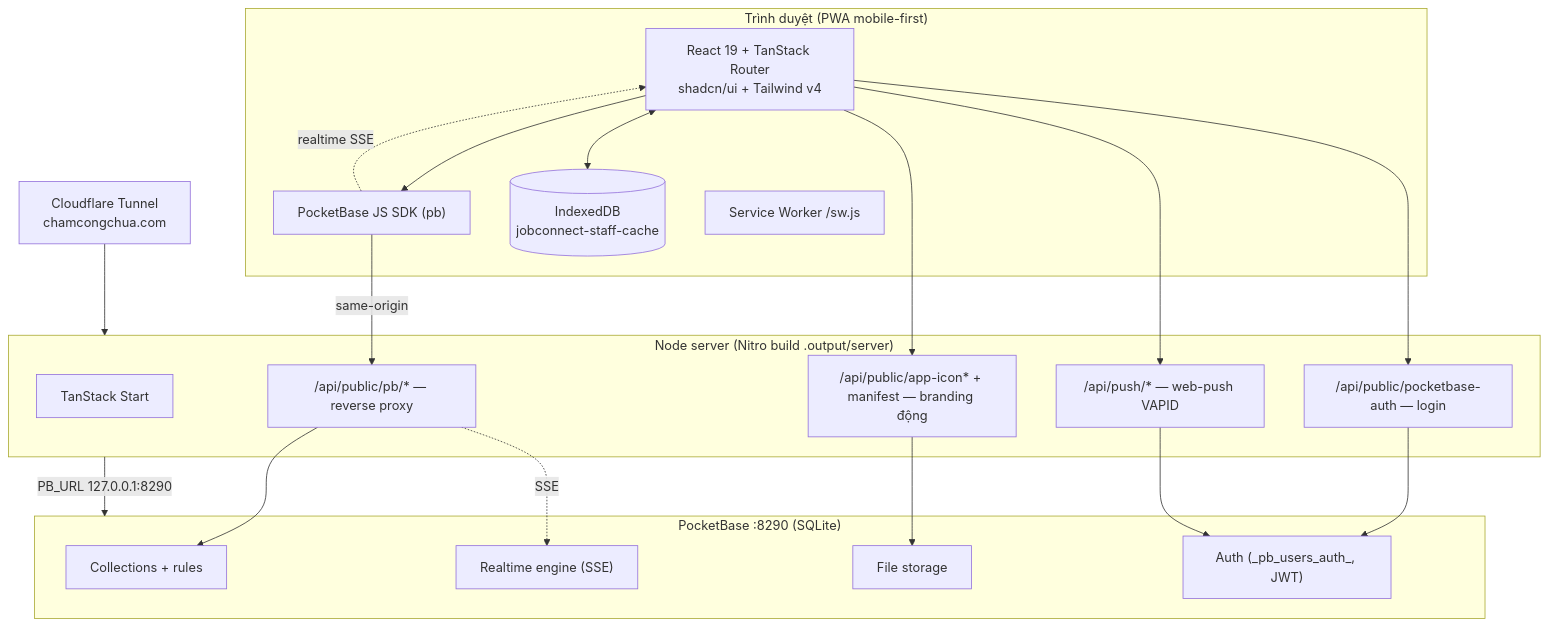
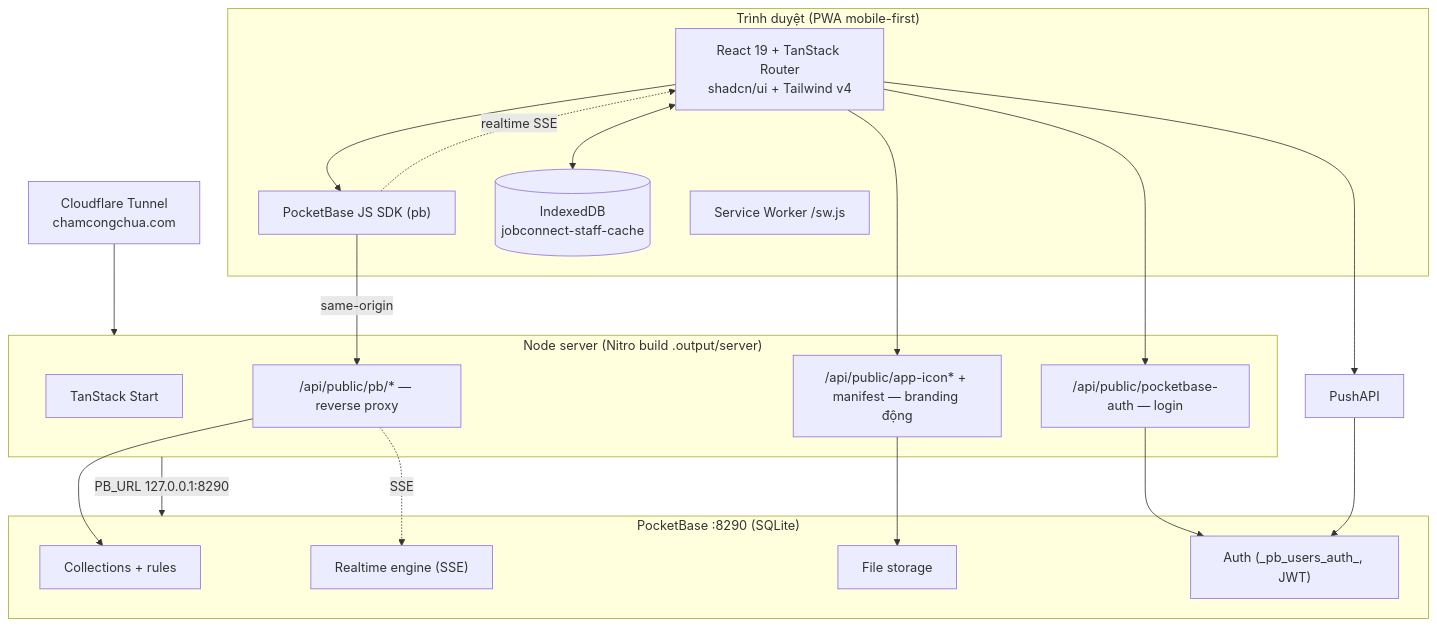
The first of 10 diagrams in BLUEPRINT.md (Hoanghai123a/newJob), drawn with Mermaid before and after one commit. The commit also changed other lines of this file and 113 other files, not shown here.

````diff
--- a/BLUEPRINT.md
+++ b/BLUEPRINT.md
@@ -59,40 +58,39 @@
 ```mermaid
 flowchart TB
     subgraph Client["Trình duyệt (PWA mobile-first)"]
         UI["React 19 + TanStack Router<br/>shadcn/ui + Tailwind v4"]
         SDK["PocketBase JS SDK (pb)"]
         IDB[("IndexedDB<br/>jobconnect-staff-cache")]
         SW["Service Worker /sw.js"]
         UI --> SDK
         UI <--> IDB
         SDK -. realtime SSE .-> UI
     end
 
     subgraph Node["Node server (Nitro build .output/server)"]
         Start["TanStack Start"]
         Proxy["/api/public/pb/* — reverse proxy"]
         AuthAPI["/api/public/pocketbase-auth — login"]
-        PushAPI["/api/push/* — web-push VAPID"]
         Brand["/api/public/app-icon* + manifest — branding động"]
     end
 
     subgraph PB["PocketBase :8290 (SQLite)"]
         Coll["Collections + rules"]
         RT["Realtime engine (SSE)"]
         Files["File storage"]
         Auth["Auth (_pb_users_auth_, JWT)"]
     end
 
     SDK -->|same-origin| Proxy
     UI --> AuthAPI
     UI --> PushAPI
     UI --> Brand
     Proxy --> Coll
     Proxy -. SSE .-> RT
     AuthAPI --> Auth
     PushAPI --> Auth
     Brand --> Files
 
     CF["Cloudflare Tunnel<br/>chamcongchua.com"] --> Node
     Node -->|PB_URL 127.0.0.1:8290| PB
 ```
````
